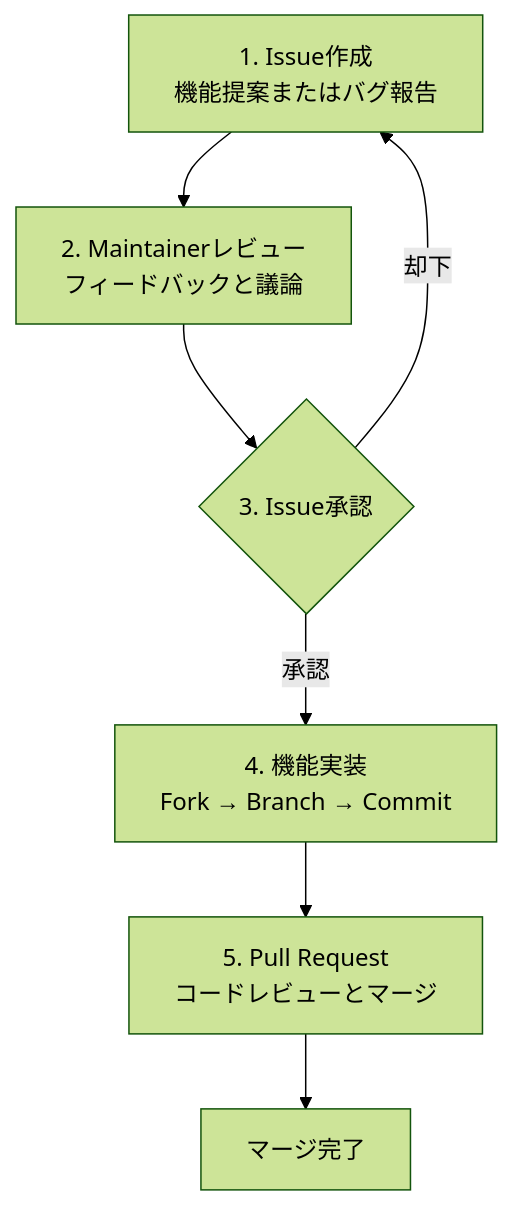
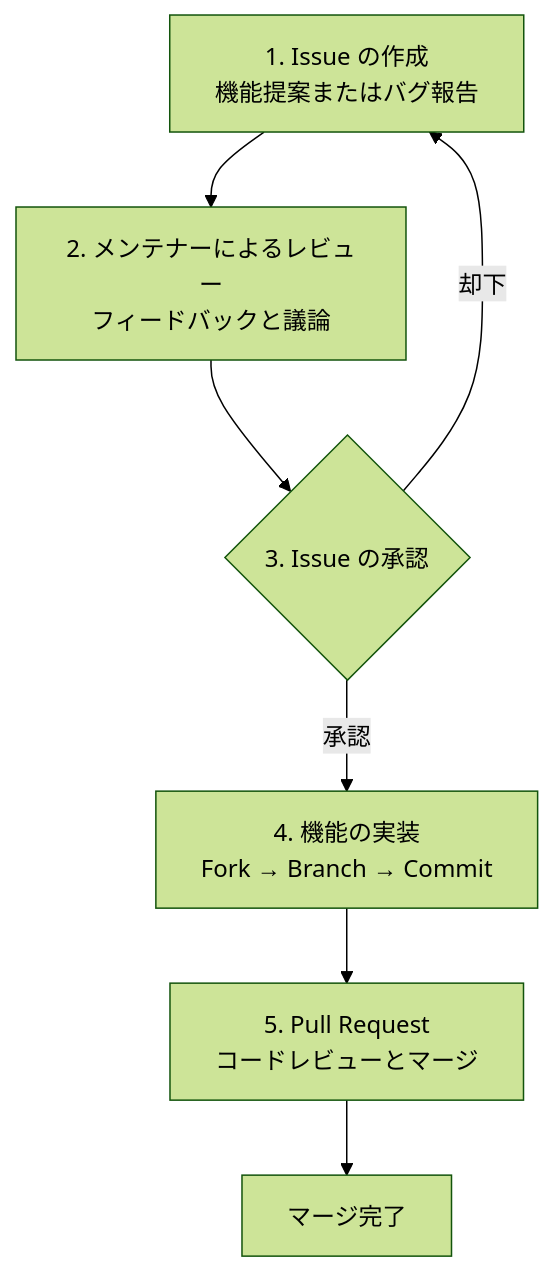
Before and after one commit to NARUBROWN/spine-site: the diagram in docs/ja/community/contributing.md, drawn with Mermaid (forest theme). The commit also changed other lines of this file and 158 other files, not shown here.

````diff
--- a/docs/ja/community/contributing.md
+++ b/docs/ja/community/contributing.md
@@ -10,9 +9,9 @@
 ```mermaid
 flowchart TD
-    A[1. Issue作成<br/>機能提案またはバグ報告] --> B[2. Maintainerレビュー<br/>フィードバックと議論]
-    B --> C{3. Issue承認}
-    C -->|承認| D[4. 機能実装<br/>Fork → Branch → Commit]
+    A[1. Issue の作成<br/>機能提案またはバグ報告] --> B[2. メンテナーによるレビュー<br/>フィードバックと議論]
+    B --> C{3. Issue の承認}
+    C -->|承認| D[4. 機能の実装<br/>Fork → Branch → Commit]
     C -->|却下| A
     D --> E[5. Pull Request<br/>コードレビューとマージ]
     E --> F[マージ完了]
 ```
````
